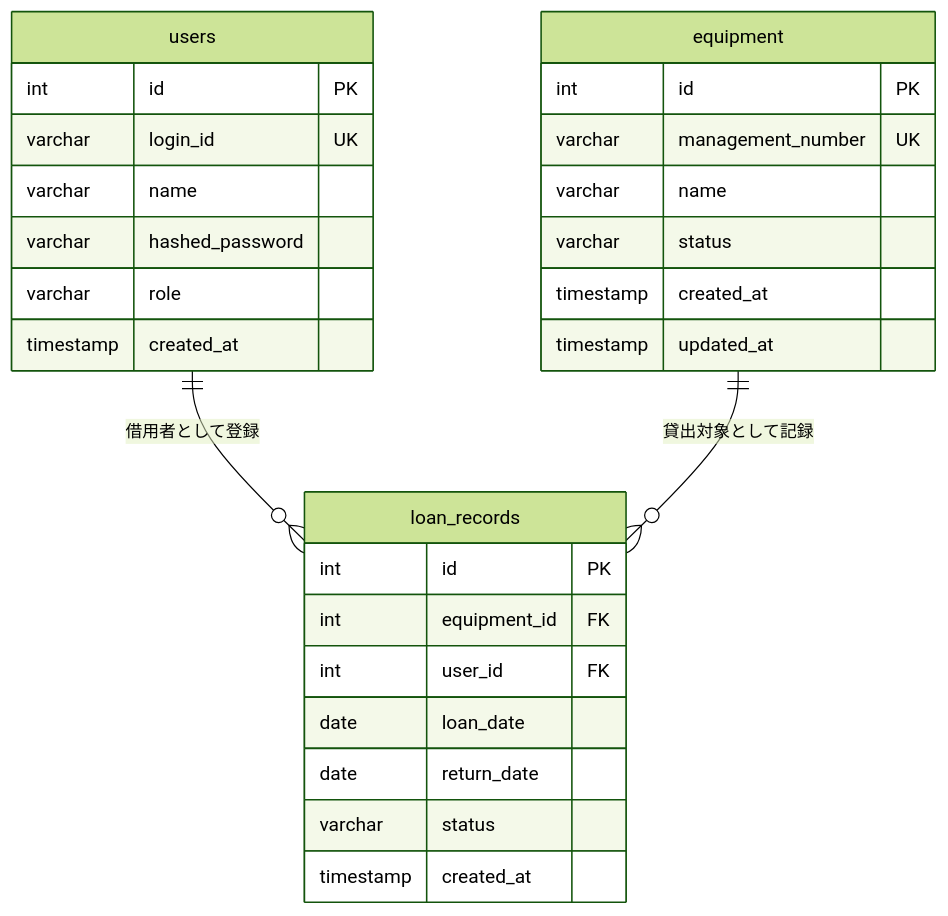
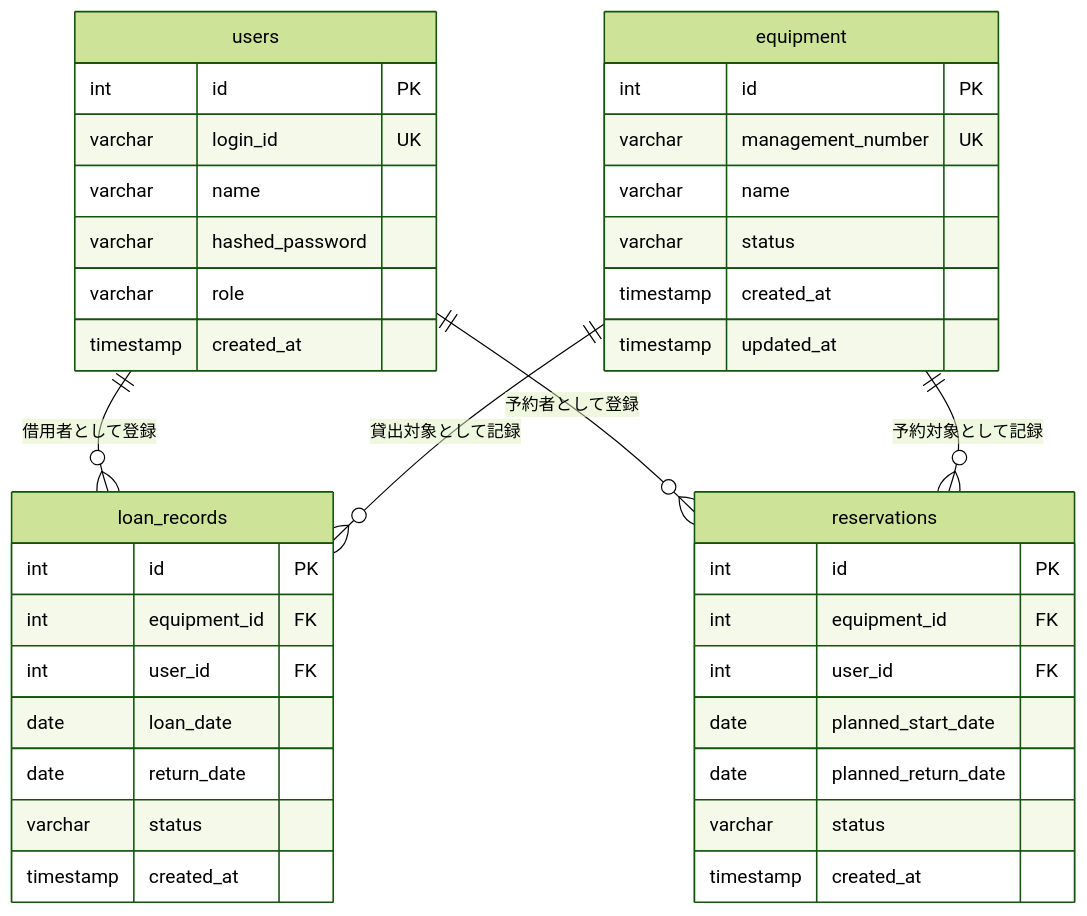
One commit to notfolder/roo_code_test changed the third of 11 diagrams in docs/detail_design.md. Above: the diagram before and after it, drawn with Mermaid (forest theme). The commit also changed other lines of this file and 19 other files, not shown here.

````diff
--- a/docs/detail_design.md
+++ b/docs/detail_design.md
@@ -150,31 +163,42 @@
 ```mermaid
 erDiagram
     users {
         int id PK
         varchar login_id UK
         varchar name
         varchar hashed_password
         varchar role
         timestamp created_at
     }
     equipment {
         int id PK
         varchar management_number UK
         varchar name
         varchar status
         timestamp created_at
         timestamp updated_at
     }
     loan_records {
         int id PK
         int equipment_id FK
         int user_id FK
         date loan_date
         date return_date
         varchar status
         timestamp created_at
     }
+    reservations {
+        int id PK
+        int equipment_id FK
+        int user_id FK
+        date planned_start_date
+        date planned_return_date
+        varchar status
+        timestamp created_at
+    }
 
     users ||--o{ loan_records : "借用者として登録"
     equipment ||--o{ loan_records : "貸出対象として記録"
+    users ||--o{ reservations : "予約者として登録"
+    equipment ||--o{ reservations : "予約対象として記録"
 ```
````
